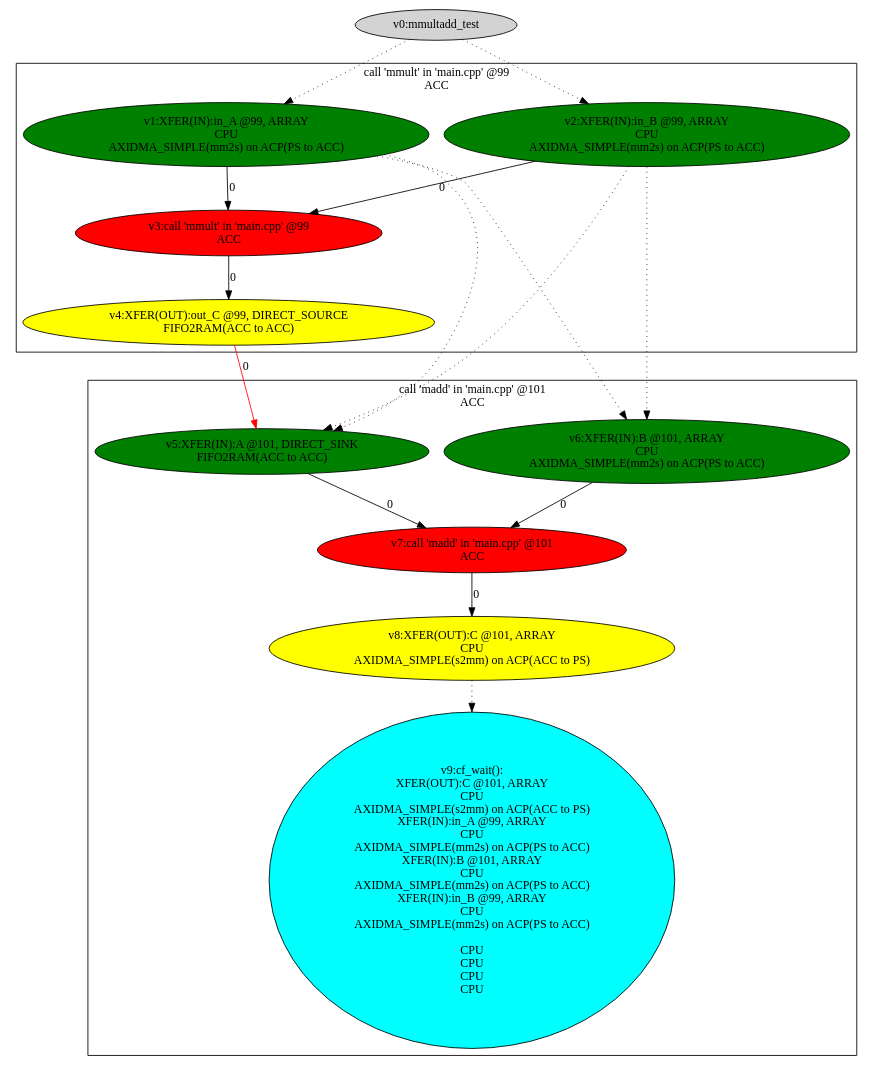
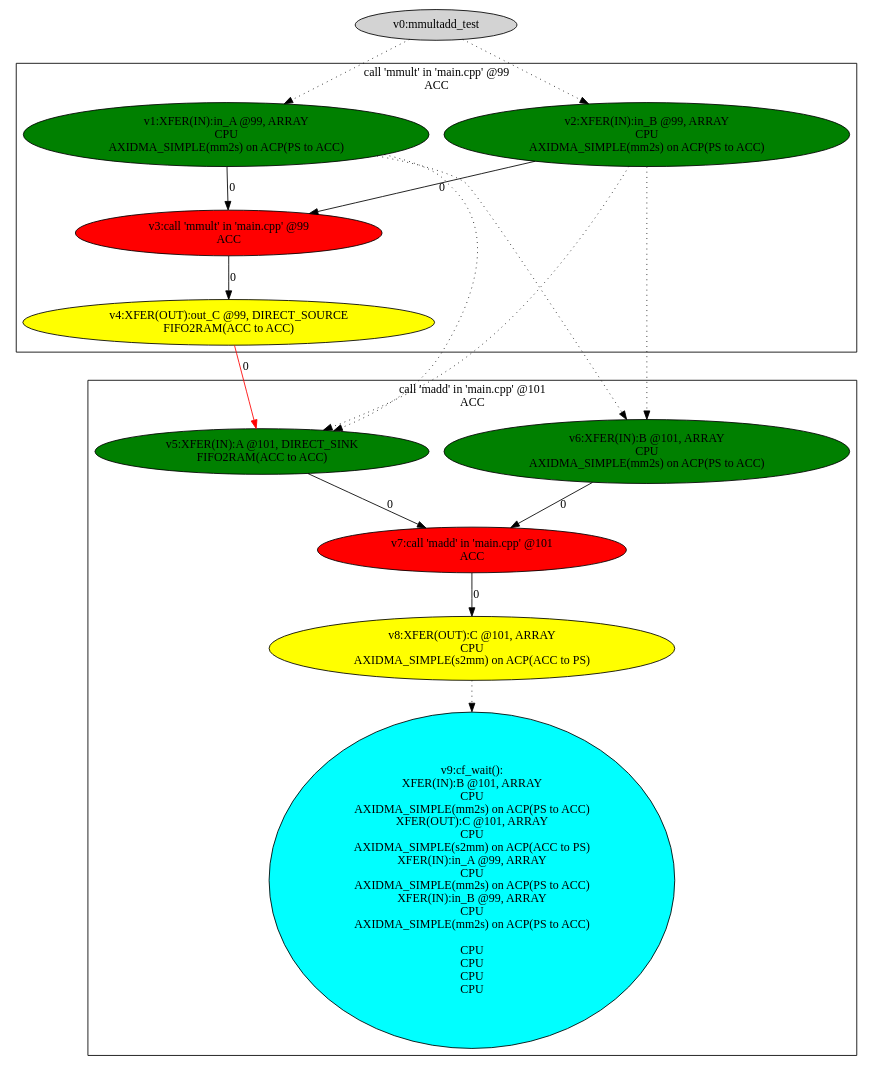
The diagram in tutorial/tut_workspace/lab1/SDRelease/_sds/.llvm/_p0_dtg.dot (nguyencanhtrung/SDSoC), drawn with Graphviz before and after one commit. The commit also changed 1144 other files, not shown here.

```diff
--- a/tutorial/tut_workspace/lab1/SDRelease/_sds/.llvm/_p0_dtg.dot
+++ b/tutorial/tut_workspace/lab1/SDRelease/_sds/.llvm/_p0_dtg.dot
@@ -1,41 +1,41 @@
 digraph dm_graph {
 v0 [label = "v0:mmultadd_test" ,style=filled];
 v1 [label = "v1:XFER(IN):in_A @99, ARRAY\nCPU\nAXIDMA_SIMPLE(mm2s) on ACP(PS to ACC)\n" ,style=filled,fillcolor = green];
 v2 [label = "v2:XFER(IN):in_B @99, ARRAY\nCPU\nAXIDMA_SIMPLE(mm2s) on ACP(PS to ACC)\n" ,style=filled,fillcolor = green];
 v3 [label = "v3:call 'mmult' in 'main.cpp' @99\nACC\n" ,style=filled,fillcolor = red];
 v4 [label = "v4:XFER(OUT):out_C @99, DIRECT_SOURCE\nFIFO2RAM(ACC to ACC)\n" ,style=filled,fillcolor = yellow];
 v5 [label = "v5:XFER(IN):A @101, DIRECT_SINK\nFIFO2RAM(ACC to ACC)\n" ,style=filled,fillcolor = green];
 v6 [label = "v6:XFER(IN):B @101, ARRAY\nCPU\nAXIDMA_SIMPLE(mm2s) on ACP(PS to ACC)\n" ,style=filled,fillcolor = green];
 v7 [label = "v7:call 'madd' in 'main.cpp' @101\nACC\n" ,style=filled,fillcolor = red];
 v8 [label = "v8:XFER(OUT):C @101, ARRAY\nCPU\nAXIDMA_SIMPLE(s2mm) on ACP(ACC to PS)\n" ,style=filled,fillcolor = yellow];
-v9 [label = "v9:cf_wait(): \nXFER(OUT):C @101, ARRAY\nCPU\nAXIDMA_SIMPLE(s2mm) on ACP(ACC to PS)\nXFER(IN):in_A @99, ARRAY\nCPU\nAXIDMA_SIMPLE(mm2s) on ACP(PS to ACC)\nXFER(IN):B @101, ARRAY\nCPU\nAXIDMA_SIMPLE(mm2s) on ACP(PS to ACC)\nXFER(IN):in_B @99, ARRAY\nCPU\nAXIDMA_SIMPLE(mm2s) on ACP(PS to ACC)\n\nCPU\nCPU\nCPU\nCPU\n" ,style=filled,fillcolor = cyan];
+v9 [label = "v9:cf_wait(): \nXFER(IN):B @101, ARRAY\nCPU\nAXIDMA_SIMPLE(mm2s) on ACP(PS to ACC)\nXFER(OUT):C @101, ARRAY\nCPU\nAXIDMA_SIMPLE(s2mm) on ACP(ACC to PS)\nXFER(IN):in_A @99, ARRAY\nCPU\nAXIDMA_SIMPLE(mm2s) on ACP(PS to ACC)\nXFER(IN):in_B @99, ARRAY\nCPU\nAXIDMA_SIMPLE(mm2s) on ACP(PS to ACC)\n\nCPU\nCPU\nCPU\nCPU\n" ,style=filled,fillcolor = cyan];
 subgraph cluster0 {
-v1;
-v2;
-v3;
-v4;
-label = "call 'mmult' in 'main.cpp' @99\nACC\n";
-}
-subgraph cluster1 {
 v5;
 v6;
 v7;
 v8;
 v9;
 label = "call 'madd' in 'main.cpp' @101\nACC\n";
+}
+subgraph cluster1 {
+v1;
+v2;
+v3;
+v4;
+label = "call 'mmult' in 'main.cpp' @99\nACC\n";
 }
 v1 -> v3 [label = "0"];
 v2 -> v3 [label = "0"];
 v3 -> v4 [label = "0"];
 v4 -> v5 [label = "0", color = red];
 v5 -> v7 [label = "0"];
 v6 -> v7 [label = "0"];
 v7 -> v8 [label = "0"];
 v8 -> v9 [label = "", style = dotted];
 v1 -> v5 [label = "", style = dotted];
 v2 -> v5 [label = "", style = dotted];
 v1 -> v6 [label = "", style = dotted];
 v2 -> v6 [label = "", style = dotted];
 v0 -> v1 [label = "", style = dotted];
 v0 -> v2 [label = "", style = dotted];
 }
```
